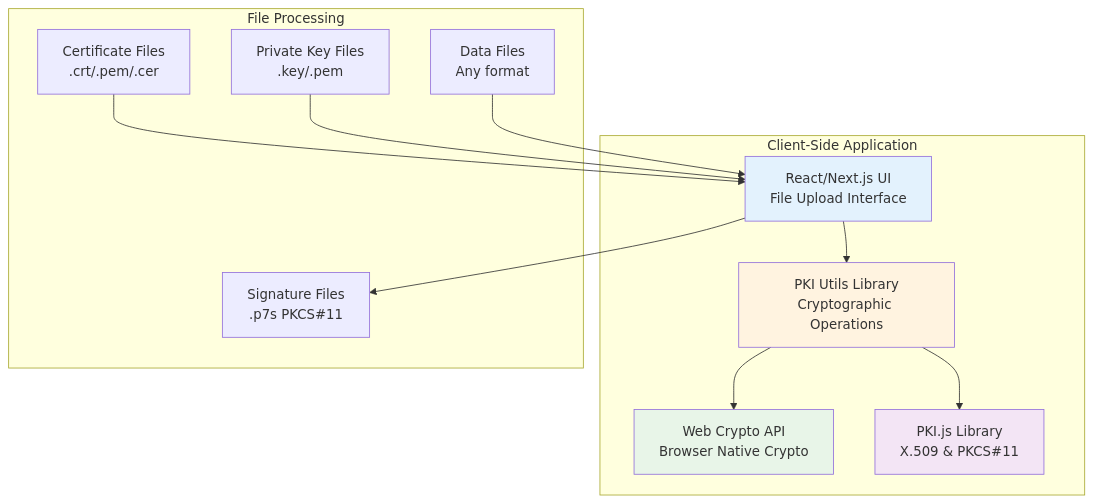
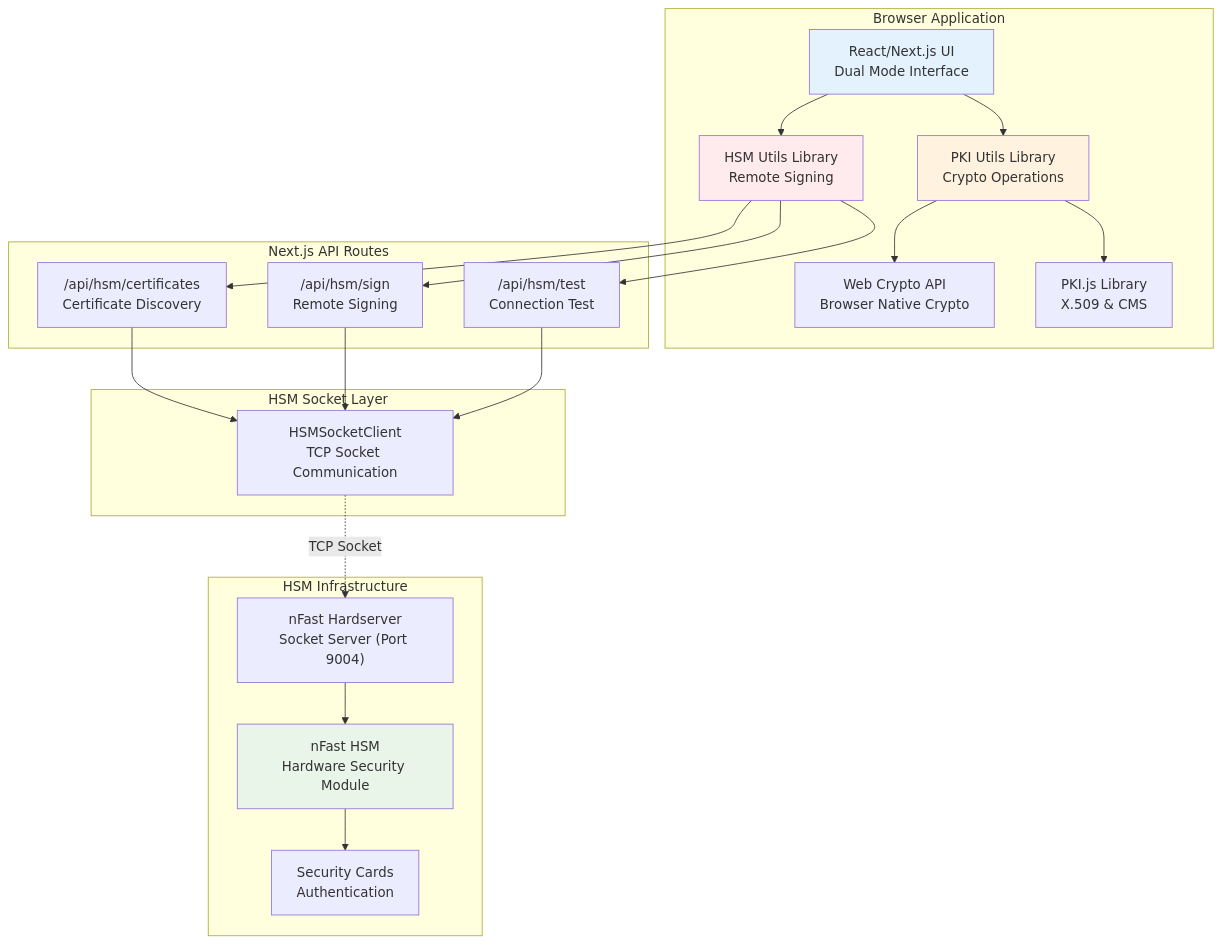
One commit to Nuttapon/pki-cms changed the second of 5 diagrams in README.md. Above: the diagram before and after it, drawn with Mermaid. The commit also changed other lines of this file and 7 other files, not shown here.

````diff
--- a/README.md
+++ b/README.md
@@ -196,29 +230,45 @@
 ```mermaid
 graph TB
-    subgraph Client["Client-Side Application"]
-        A["React/Next.js UI<br/>File Upload Interface"]
-        B["PKI Utils Library<br/>Cryptographic Operations"]
-        C["Web Crypto API<br/>Browser Native Crypto"]
-        D["PKI.js Library<br/>X.509 & PKCS#11"]
+    subgraph Browser["Browser Application"]
+        UI["React/Next.js UI<br/>Dual Mode Interface"]
+        PKI["PKI Utils Library<br/>Crypto Operations"]
+        HSM["HSM Utils Library<br/>Remote Signing"]
+        WEB["Web Crypto API<br/>Browser Native Crypto"]
+        PKIJS["PKI.js Library<br/>X.509 & CMS"]
     end
     
-    subgraph Files["File Processing"]
-        E["Certificate Files<br/>.crt/.pem/.cer"]
-        F["Private Key Files<br/>.key/.pem"]
-        G["Data Files<br/>Any format"]
-        H["Signature Files<br/>.p7s PKCS#11"]
+    subgraph Server["Next.js API Routes"]
+        CERT_API["/api/hsm/certificates<br/>Certificate Discovery"]
+        SIGN_API["/api/hsm/sign<br/>Remote Signing"]
+        TEST_API["/api/hsm/test<br/>Connection Test"]
     end
     
-    A --> B
-    B --> C
-    B --> D
-    E --> A
-    F --> A
-    G --> A
-    A --> H
+    subgraph HSM_Socket["HSM Socket Layer"]
+        SOCKET_CLIENT["HSMSocketClient<br/>TCP Socket Communication"]
+    end
     
-    style A fill:#e3f2fd
-    style B fill:#fff3e0
-    style C fill:#e8f5e8
-    style D fill:#f3e5f5
+    subgraph HSM_Infrastructure["HSM Infrastructure"]
+        HARDSERVER["nFast Hardserver<br/>Socket Server (Port 9004)"]
+        NFAST["nFast HSM<br/>Hardware Security Module"]
+        CARDS["Security Cards<br/>Authentication"]
+    end
+    
+    UI --> PKI
+    UI --> HSM
+    PKI --> WEB
+    PKI --> PKIJS
+    HSM --> CERT_API
+    HSM --> SIGN_API
+    HSM --> TEST_API
+    CERT_API --> SOCKET_CLIENT
+    SIGN_API --> SOCKET_CLIENT
+    TEST_API --> SOCKET_CLIENT
+    SOCKET_CLIENT -.->|TCP Socket| HARDSERVER
+    HARDSERVER --> NFAST
+    NFAST --> CARDS
+    
+    style UI fill:#e3f2fd
+    style PKI fill:#fff3e0
+    style HSM fill:#ffebee
+    style NFAST fill:#e8f5e8
 ```
````
